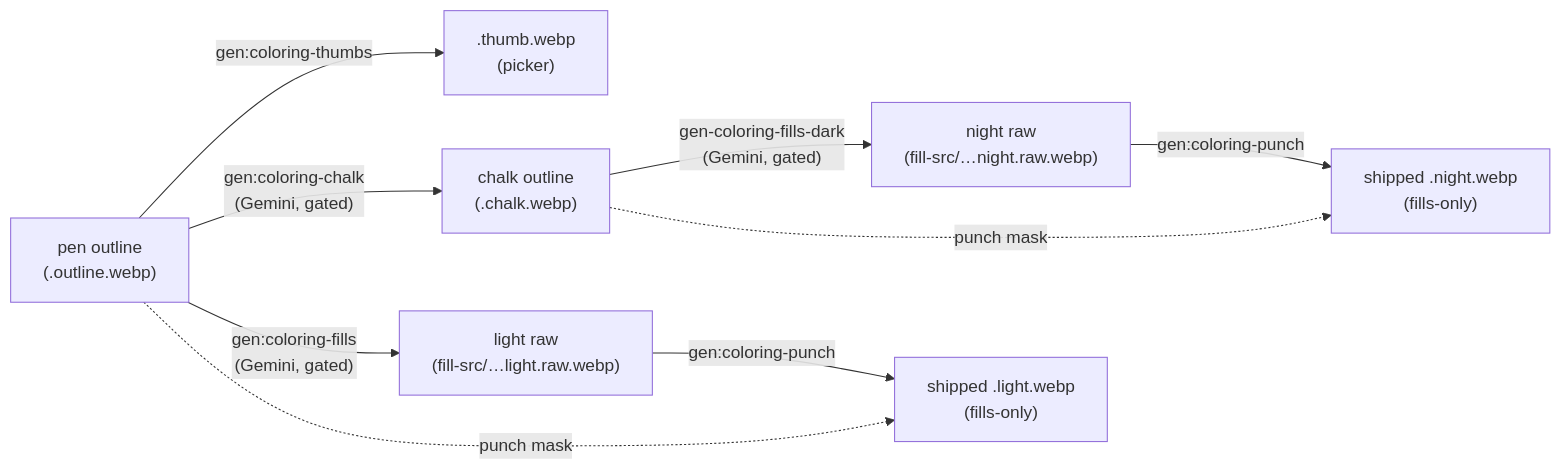
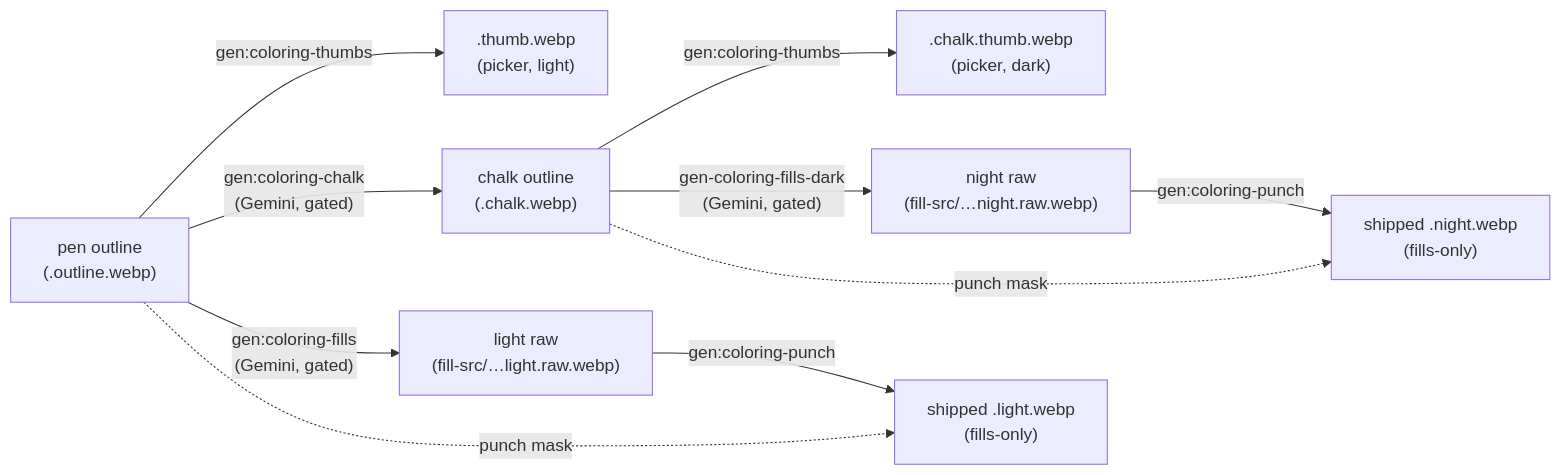
One commit to KyleMit/Splotch changed the diagram in tools/asset-gen/docs/pipeline.md. Above: the diagram before and after it, drawn with Mermaid. The commit also changed other lines of this file and 99 other files, not shown here.

First line of the commit message:
Fix dark-mode picker showing inverted-pen thumbnails (ISSUES Tier 1 #1, IDEAS #19)

````diff
--- a/tools/asset-gen/docs/pipeline.md
+++ b/tools/asset-gen/docs/pipeline.md
@@ -18,11 +18,12 @@
 ```mermaid
 flowchart LR
-    O["pen outline<br/>(.outline.webp)"] -->|gen:coloring-thumbs| T[".thumb.webp<br/>(picker)"]
+    O["pen outline<br/>(.outline.webp)"] -->|gen:coloring-thumbs| T[".thumb.webp<br/>(picker, light)"]
     O -->|"gen:coloring-chalk<br/>(Gemini, gated)"| C["chalk outline<br/>(.chalk.webp)"]
+    C -->|gen:coloring-thumbs| CT[".chalk.thumb.webp<br/>(picker, dark)"]
     O -->|"gen:coloring-fills<br/>(Gemini, gated)"| LR2["light raw<br/>(fill-src/…light.raw.webp)"]
     C -->|"gen-coloring-fills-dark<br/>(Gemini, gated)"| NR["night raw<br/>(fill-src/…night.raw.webp)"]
     LR2 -->|gen:coloring-punch| LS["shipped .light.webp<br/>(fills-only)"]
     NR -->|gen:coloring-punch| NS["shipped .night.webp<br/>(fills-only)"]
     O -.->|"punch mask"| LS
     C -.->|"punch mask"| NS
 ```
````
